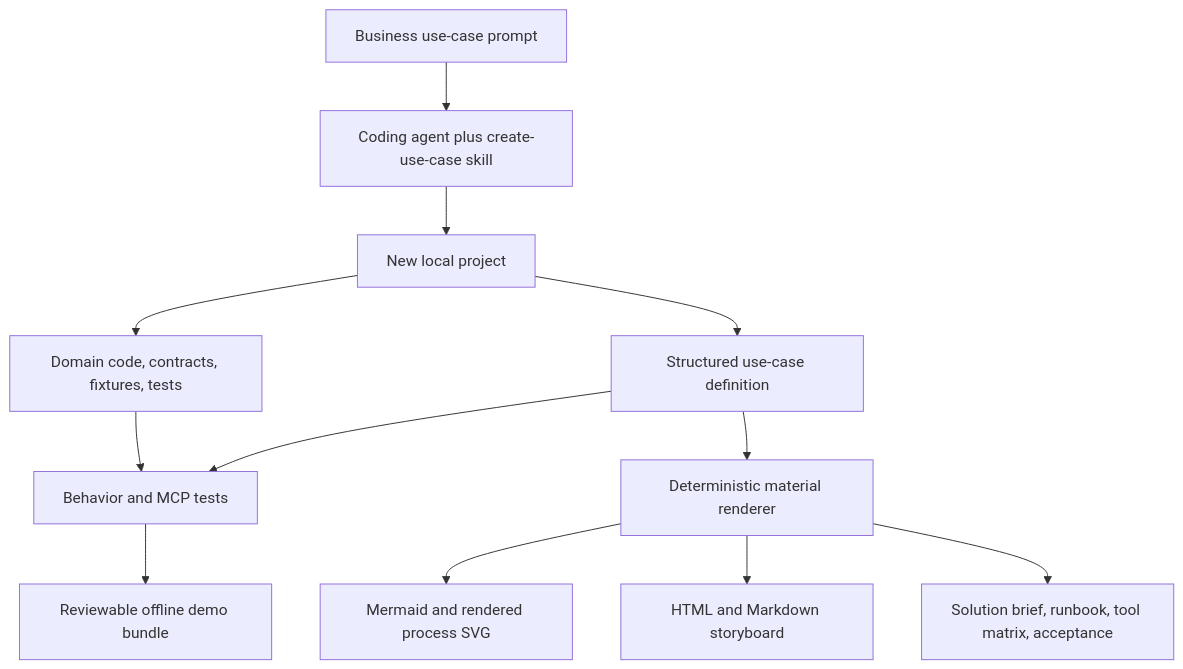
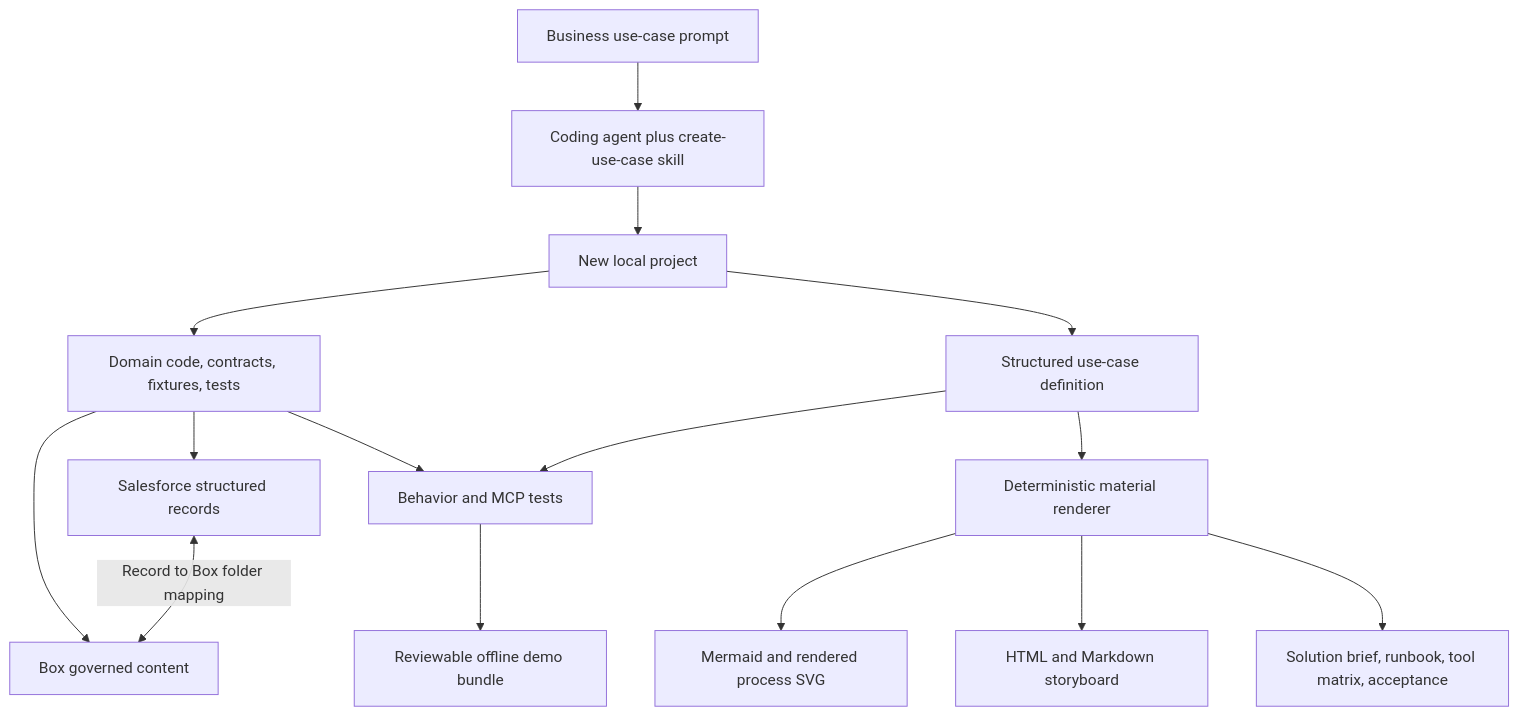
Before and after one commit to unofficialbox/box-agentic-template: the first of 2 diagrams in docs/ARCHITECTURE.md, drawn with Mermaid. The commit also changed other lines of this file and 69 other files, not shown here.

Commit message:
Require Box and Salesforce and add standalone Dispatch deployment assets

````diff
--- a/docs/ARCHITECTURE.md
+++ b/docs/ARCHITECTURE.md
@@ -5,14 +5,17 @@
 ```mermaid
 flowchart TD
   prompt[Business use-case prompt] --> agent[Coding agent plus create-use-case skill]
   agent --> project[New local project]
   project --> code[Domain code, contracts, fixtures, tests]
   project --> definition[Structured use-case definition]
   definition --> render[Deterministic material renderer]
   render --> process[Mermaid and rendered process SVG]
   render --> story[HTML and Markdown storyboard]
   render --> brief[Solution brief, runbook, tool matrix, acceptance]
+  code --> box[Box governed content]
+  code --> salesforce[Salesforce structured records]
+  salesforce <-->|Record to Box folder mapping| box
   code --> verify[Behavior and MCP tests]
   definition --> verify
   verify --> handoff[Reviewable offline demo bundle]
 ```
````
